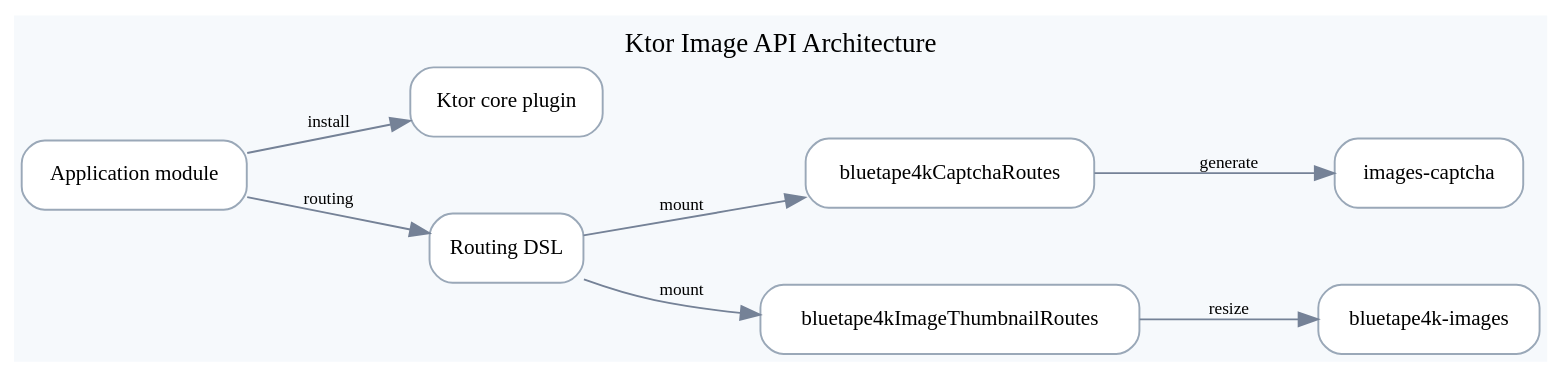
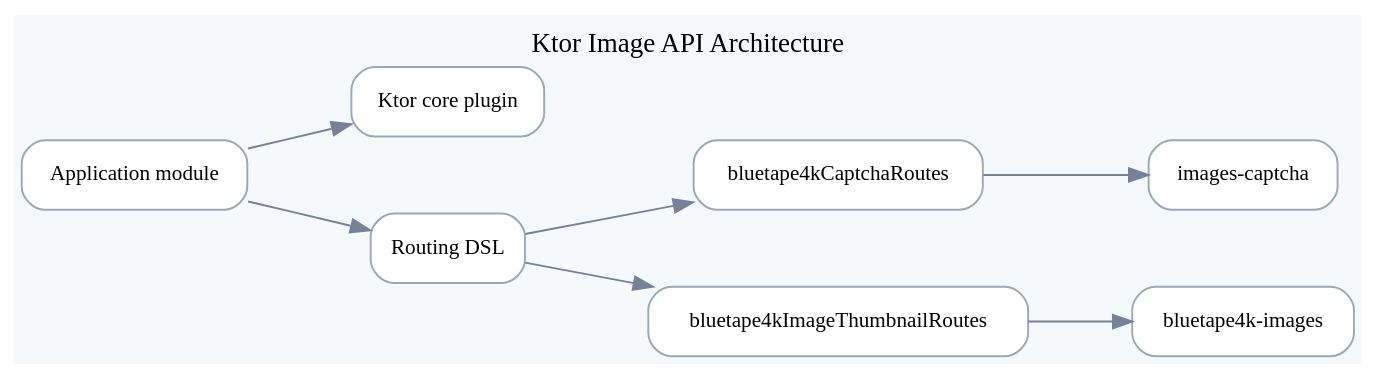
One commit to bluetape4k/bluetape4k-image changed the diagram in docs/images/readme-diagrams/examples-ktor-image-api-architecture-01.dot. Above: the diagram before and after it, drawn with Graphviz. The commit also changed 47 other files, not shown here.

First line of the commit message:
docs: make README diagrams readable at rendered size

```diff
--- a/docs/images/readme-diagrams/examples-ktor-image-api-architecture-01.dot
+++ b/docs/images/readme-diagrams/examples-ktor-image-api-architecture-01.dot
@@ -1,20 +1,20 @@
 digraph G {
   graph [rankdir=LR, bgcolor="#F6F9FC", margin=0.18, nodesep=0.55, ranksep=0.75];
   node [shape=box, style="rounded,filled", fillcolor="#FFFFFF", color="#9AA8B8", fontname="Comic Mono", fontsize=11];
   edge [color="#758297", fontname="Comic Mono", fontsize=9];
   label="Ktor Image API Architecture";
   labelloc="t";
   "app" [label="Application module"];
   "core" [label="Ktor core plugin"];
   "routing" [label="Routing DSL"];
   "captcha" [label="bluetape4kCaptchaRoutes"];
   "thumbnail" [label="bluetape4kImageThumbnailRoutes"];
   "captchaLib" [label="images-captcha"];
   "images" [label="bluetape4k-images"];
-  "app" -> "core" [label="install"];
-  "app" -> "routing" [label="routing"];
-  "routing" -> "captcha" [label="mount"];
-  "routing" -> "thumbnail" [label="mount"];
-  "captcha" -> "captchaLib" [label="generate"];
-  "thumbnail" -> "images" [label="resize"];
+  "app" -> "core" [label=""];
+  "app" -> "routing" [label=""];
+  "routing" -> "captcha" [label=""];
+  "routing" -> "thumbnail" [label=""];
+  "captcha" -> "captchaLib" [label=""];
+  "thumbnail" -> "images" [label=""];
 }
```
